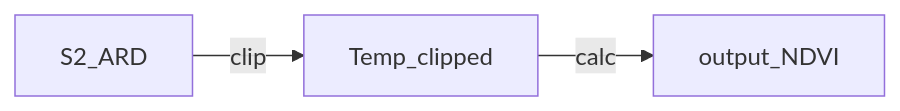
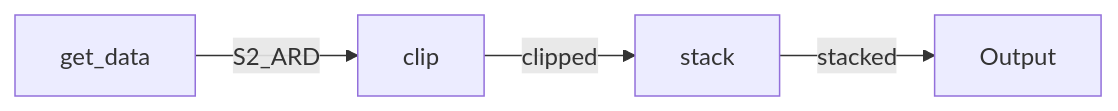
One commit to EO-DataHub/eodh-training changed the first of 2 diagrams in temporary/first_workflow.md. Above: the diagram before and after it, drawn with Mermaid. The commit also changed other lines of this file and 4 other files, not shown here.

````diff
--- a/temporary/first_workflow.md
+++ b/temporary/first_workflow.md
@@ -13,5 +14,5 @@
 ```mermaid
 graph LR;
-  S2_ARD -- clip --> Temp_clipped -- calc --> output_NDVI ;
+  get_data -- S2_ARD --> clip -- clipped --> stack -- stacked--> Output ;
 
 ```
````
